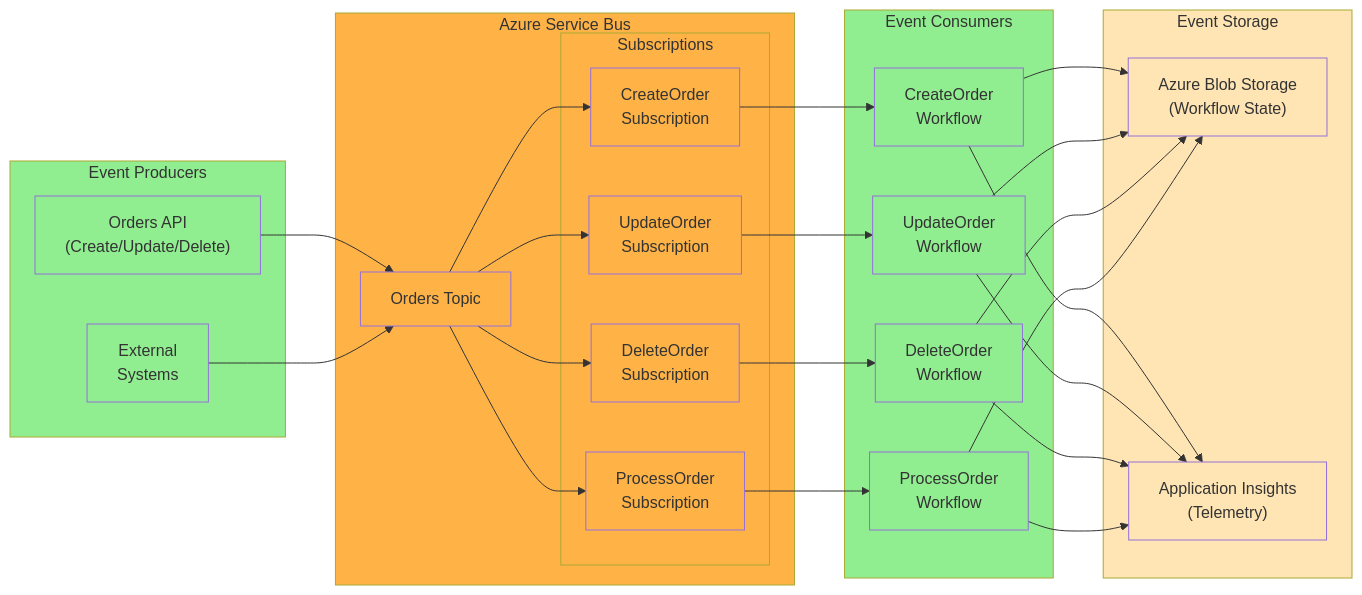
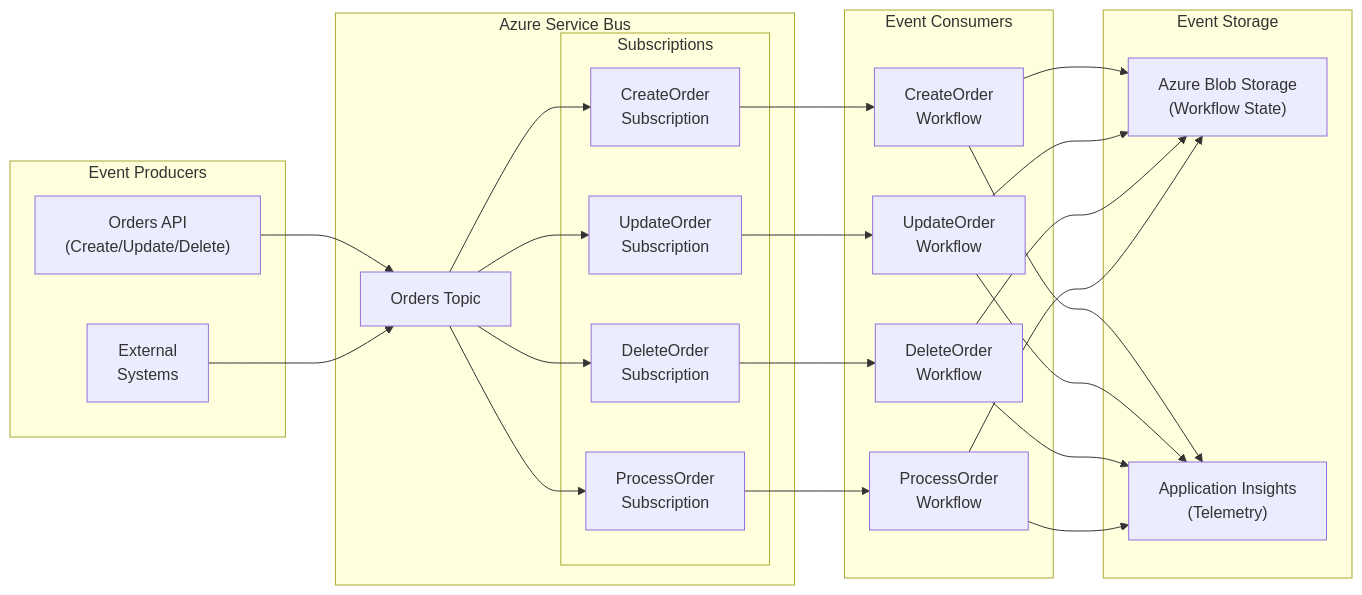
One commit to Evilazaro/Azure-LogicApps-Monitoring changed the fourth of 12 diagrams in README.md. Above: the diagram before and after it, drawn with Mermaid. The commit also changed other lines of this file, not shown here.

Commit message:
refactor: remove redundant style definitions from flowcharts in README.md

````diff
--- a/README.md
+++ b/README.md
@@ -337,71 +291,52 @@
 ```mermaid
 flowchart LR
     subgraph Producers["Event Producers"]
         OrderAPI["Orders API<br/>(Create/Update/Delete)"]
         ExternalSystems["External<br/>Systems"]
     end
     
     subgraph EventBus["Azure Service Bus"]
         OrdersTopic["Orders Topic"]
         subgraph Subscriptions["Subscriptions"]
             CreateSub["CreateOrder<br/>Subscription"]
             UpdateSub["UpdateOrder<br/>Subscription"]
             DeleteSub["DeleteOrder<br/>Subscription"]
             ProcessSub["ProcessOrder<br/>Subscription"]
         end
     end
     
     subgraph Consumers["Event Consumers"]
         CreateWorkflow["CreateOrder<br/>Workflow"]
         UpdateWorkflow["UpdateOrder<br/>Workflow"]
         DeleteWorkflow["DeleteOrder<br/>Workflow"]
         ProcessWorkflow["ProcessOrder<br/>Workflow"]
     end
     
     subgraph Storage["Event Storage"]
         BlobStorage["Azure Blob Storage<br/>(Workflow State)"]
         AppInsights["Application Insights<br/>(Telemetry)"]
     end
     
     OrderAPI --> OrdersTopic
     ExternalSystems --> OrdersTopic
     
     OrdersTopic --> CreateSub
     OrdersTopic --> UpdateSub
     OrdersTopic --> DeleteSub
     OrdersTopic --> ProcessSub
     
     CreateSub --> CreateWorkflow
     UpdateSub --> UpdateWorkflow
     DeleteSub --> DeleteWorkflow
     ProcessSub --> ProcessWorkflow
     
     CreateWorkflow --> BlobStorage
     UpdateWorkflow --> BlobStorage
     DeleteWorkflow --> BlobStorage
     ProcessWorkflow --> BlobStorage
     
     CreateWorkflow --> AppInsights
     UpdateWorkflow --> AppInsights
     DeleteWorkflow --> AppInsights
     ProcessWorkflow --> AppInsights
-    
-    style Producers fill:#90EE90
-    style EventBus fill:#FFB347
-    style Consumers fill:#90EE90
-    style Storage fill:#FFE5B4
-    style OrderAPI fill:#90EE90
-    style ExternalSystems fill:#90EE90
-    style OrdersTopic fill:#FFB347
-    style Subscriptions fill:#FFB347
-    style CreateSub fill:#FFB347
-    style UpdateSub fill:#FFB347
-    style DeleteSub fill:#FFB347
-    style ProcessSub fill:#FFB347
-    style CreateWorkflow fill:#90EE90
-    style UpdateWorkflow fill:#90EE90
-    style DeleteWorkflow fill:#90EE90
-    style ProcessWorkflow fill:#90EE90
-    style BlobStorage fill:#FFE5B4
-    style AppInsights fill:#FFE5B4
 ```
````
